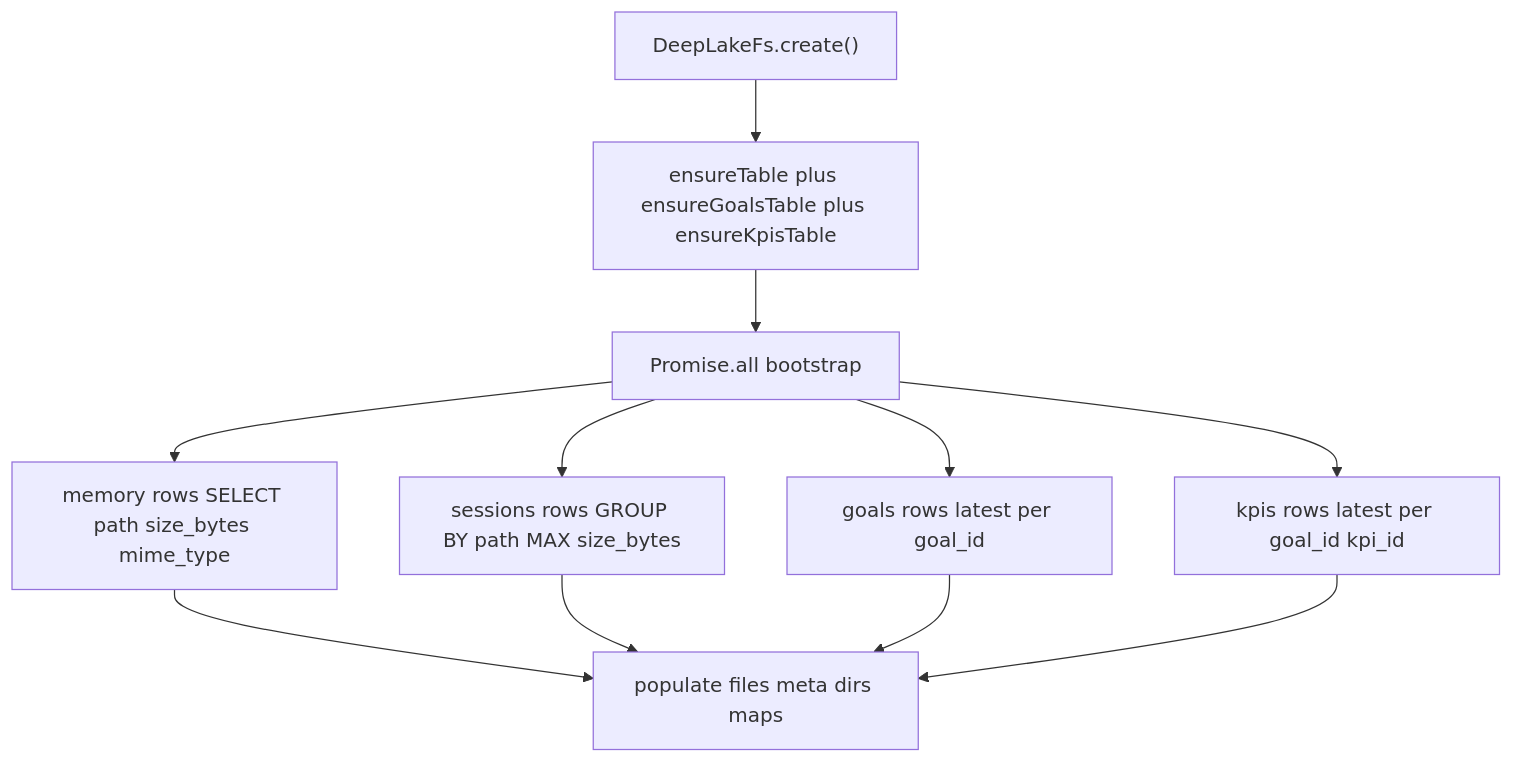
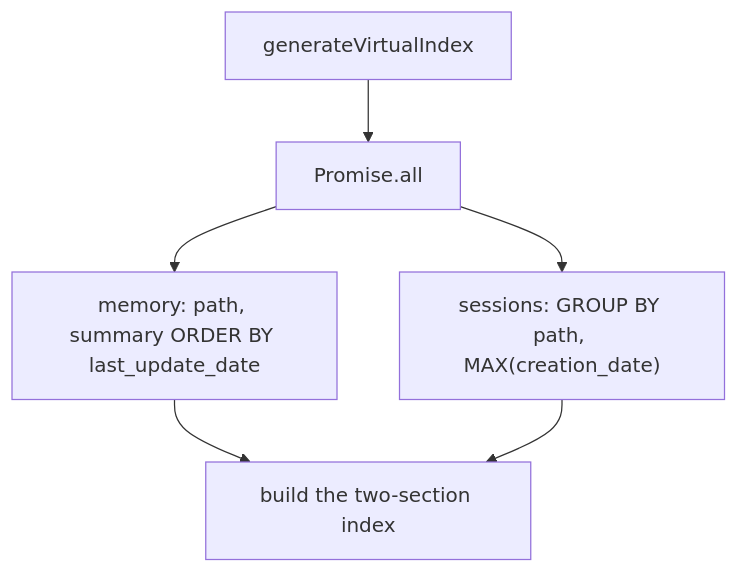
The first of 3 diagrams in library/knowledge/private/data/memory-virtual-filesystem.md (legioncodeinc/honeycomb), drawn with Mermaid before and after one commit. The commit also changed other lines of this file and 279 other files, not shown here.

````diff
--- a/library/knowledge/private/data/memory-virtual-filesystem.md
+++ b/library/knowledge/private/data/memory-virtual-filesystem.md
@@ -41,13 +34,8 @@
 ```mermaid
 flowchart TD
-    create["DeepLakeFs.create()"] --> ensure["ensureTable plus ensureGoalsTable plus ensureKpisTable"]
-    ensure --> parallel["Promise.all bootstrap"]
-    parallel --> mem["memory rows SELECT path size_bytes mime_type"]
-    parallel --> sess["sessions rows GROUP BY path MAX size_bytes"]
-    parallel --> goals["goals rows latest per goal_id"]
-    parallel --> kpis["kpis rows latest per goal_id kpi_id"]
-    mem --> tree["populate files meta dirs maps"]
-    sess --> tree
-    goals --> tree
-    kpis --> tree
+    index["generateVirtualIndex"] --> parallel["Promise.all"]
+    parallel --> mem["memory: path, summary ORDER BY last_update_date"]
+    parallel --> sess["sessions: GROUP BY path, MAX(creation_date)"]
+    mem --> render["build the two-section index"]
+    sess --> render
 ```
````
